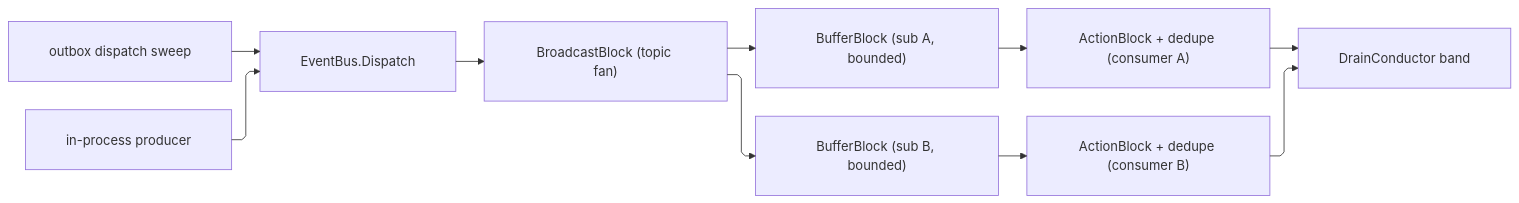
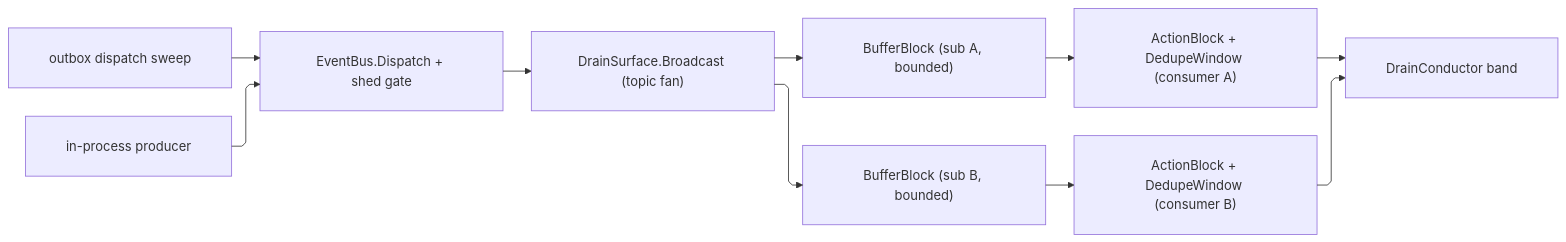
Before and after one commit to bsamiee/Rasm: the diagram in libs/csharp/Rasm.AppHost/.planning/Wire/topics.md, drawn with Mermaid. The commit also changed other lines of this file and 747 other files, not shown here.

````diff
--- a/libs/csharp/Rasm.AppHost/.planning/Wire/topics.md
+++ b/libs/csharp/Rasm.AppHost/.planning/Wire/topics.md
@@ -164,21 +177,21 @@
 ```mermaid
 ---
 config:
   layout: elk
   flowchart:
     curve: linear
     padding: 25
 ---
 flowchart LR
     accTitle: One topic fan, bounded subscriptions, one drain
-    accDescr: A DomainEvent posts to the topic BroadcastBlock fan; each subscription is a bounded BufferBlock feeding an ActionBlock consumer with dedupe; the outbox dispatch sweep and in-process producers both publish through EventBus.Dispatch; the bus drains under the runtime conductor.
+    accDescr: A DomainEvent posts to the topic fan through the drain-surface broadcast builder; each subscription is a bounded BufferBlock feeding an ActionBlock consumer behind the composed dedupe window; the outbox dispatch sweep and in-process producers both publish through EventBus.Dispatch under the degradation shed gate; the bus drains under the runtime conductor.
     Sweep["outbox dispatch sweep"] --> Dispatch
     Producer["in-process producer"] --> Dispatch
-    Dispatch["EventBus.Dispatch"] --> Fan["BroadcastBlock (topic fan)"]
+    Dispatch["EventBus.Dispatch + shed gate"] --> Fan["DrainSurface.Broadcast (topic fan)"]
     Fan --> Buf1["BufferBlock (sub A, bounded)"]
     Fan --> Buf2["BufferBlock (sub B, bounded)"]
-    Buf1 --> Act1["ActionBlock + dedupe (consumer A)"]
-    Buf2 --> Act2["ActionBlock + dedupe (consumer B)"]
+    Buf1 --> Act1["ActionBlock + DedupeWindow (consumer A)"]
+    Buf2 --> Act2["ActionBlock + DedupeWindow (consumer B)"]
     Act1 --> Drain["DrainConductor band"]
     Act2 --> Drain
 ```
````
